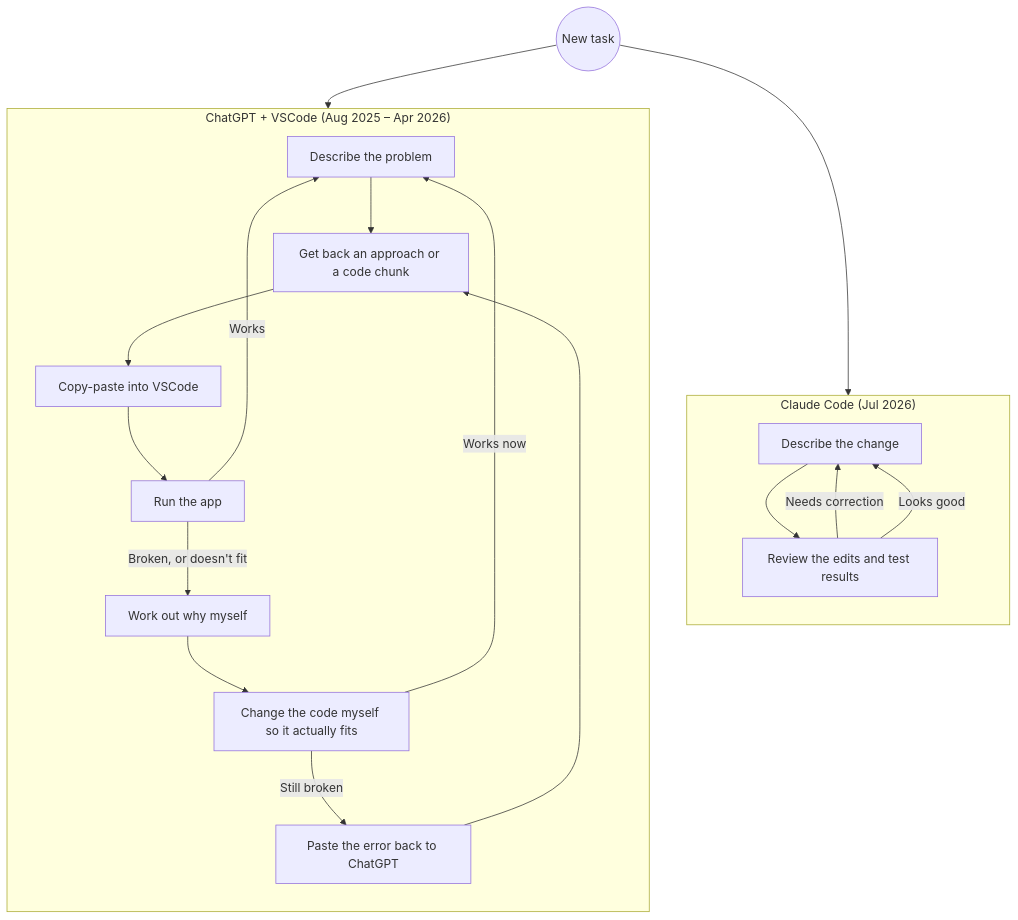
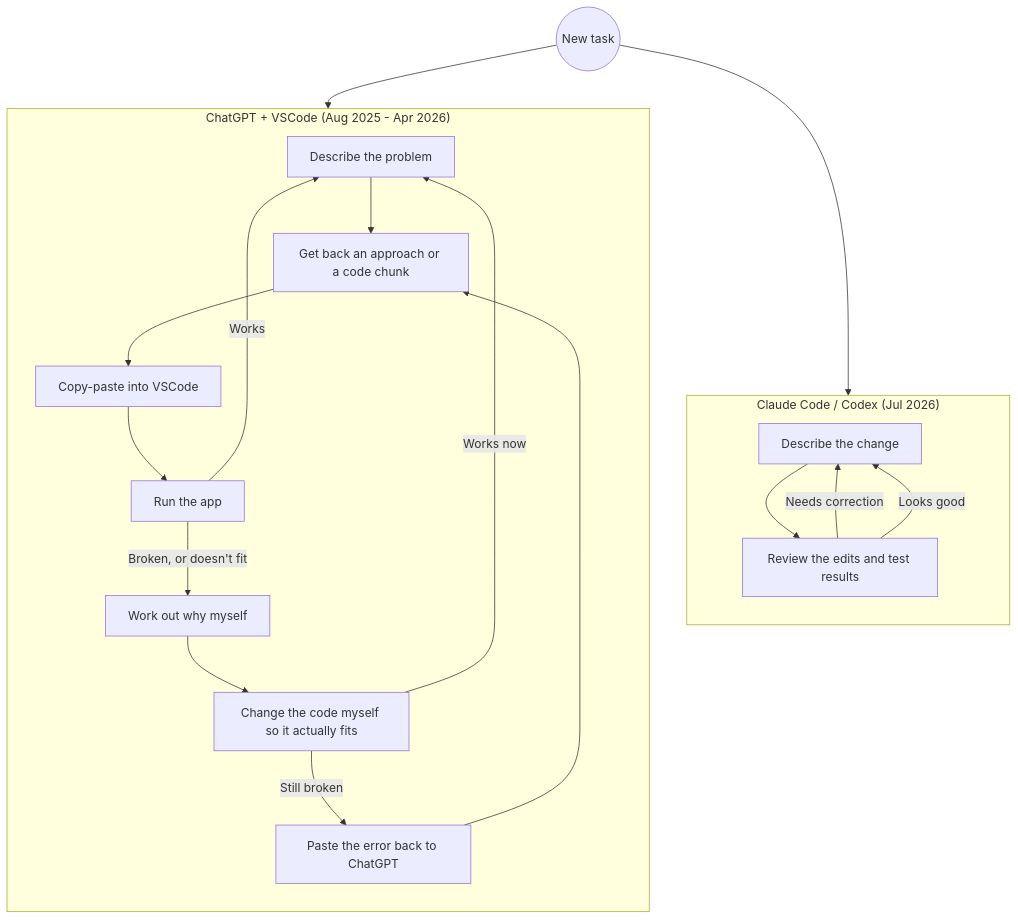
One commit to Nachiket-2024/mystic-auth changed the diagram in docs/mystic_auth/project-story/tools.md. Above: the diagram before and after it, drawn with Mermaid. The commit also changed other lines of this file and 310 other files, not shown here.

````diff
--- a/docs/mystic_auth/project-story/tools.md
+++ b/docs/mystic_auth/project-story/tools.md
@@ -7,25 +7,25 @@
 ```mermaid
 flowchart TB
     Task(("New task")) --> B1
     Task --> A1
 
-    subgraph Agentic["Claude Code (Jul 2026)"]
+    subgraph Agentic["Claude Code / Codex (Jul 2026)"]
         direction TB
         B1[Describe the change] --> B2[Review the edits and test results]
         B2 -->|Needs correction| B1
         B2 -->|Looks good| B1
     end
 
-    subgraph Manual["ChatGPT + VSCode (Aug 2025 – Apr 2026)"]
+    subgraph Manual["ChatGPT + VSCode (Aug 2025 - Apr 2026)"]
         direction TB
         A1[Describe the problem] --> A2[Get back an approach or a code chunk]
         A2 --> A3[Copy-paste into VSCode]
         A3 --> A4[Run the app]
         A4 -->|Works| A1
         A4 -->|Broken, or doesn't fit| A5[Work out why myself]
         A5 --> A6[Change the code myself so it actually fits]
         A6 -->|Works now| A1
         A6 -->|Still broken| A7[Paste the error back to ChatGPT]
         A7 --> A2
     end
 ```
````
